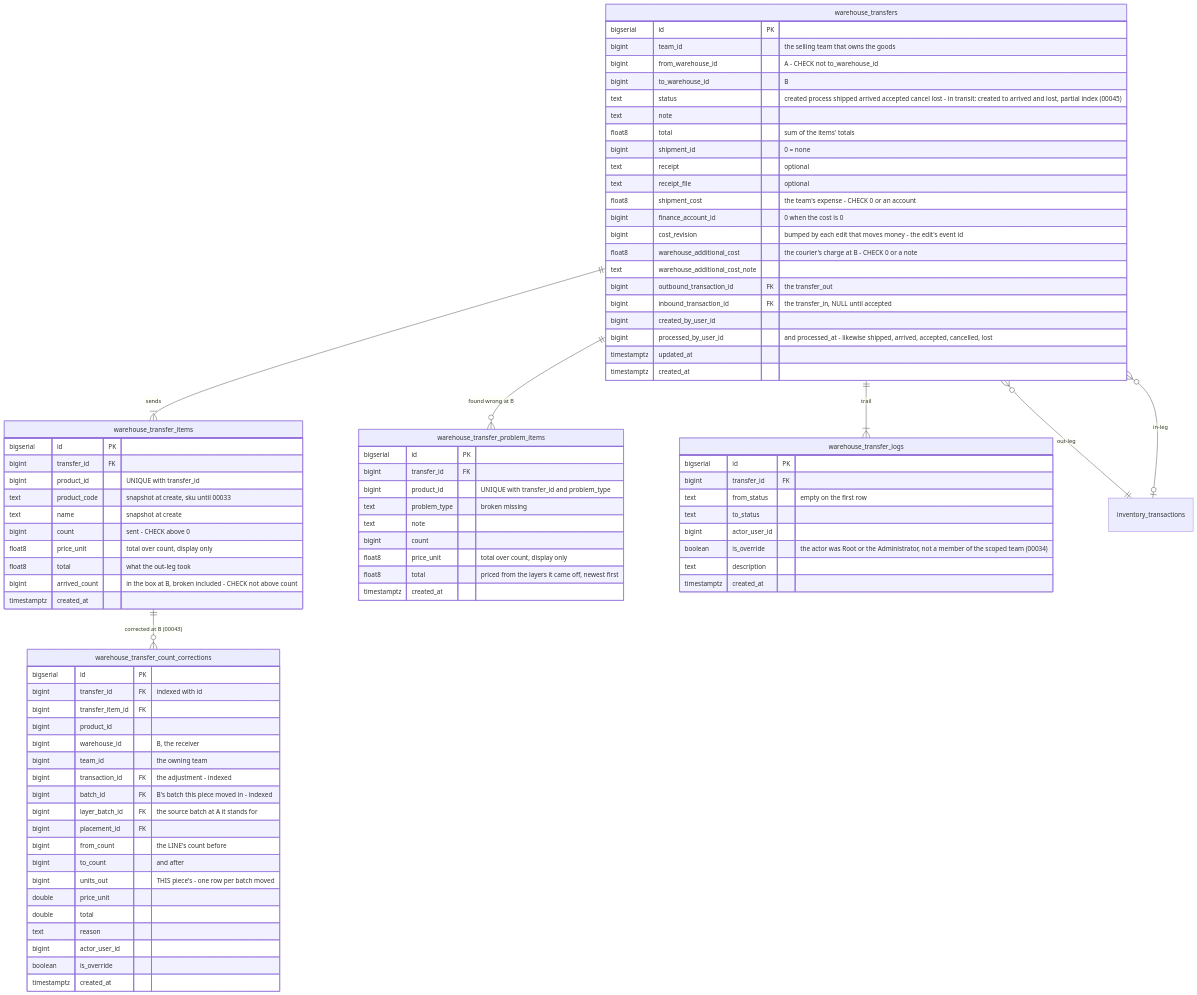
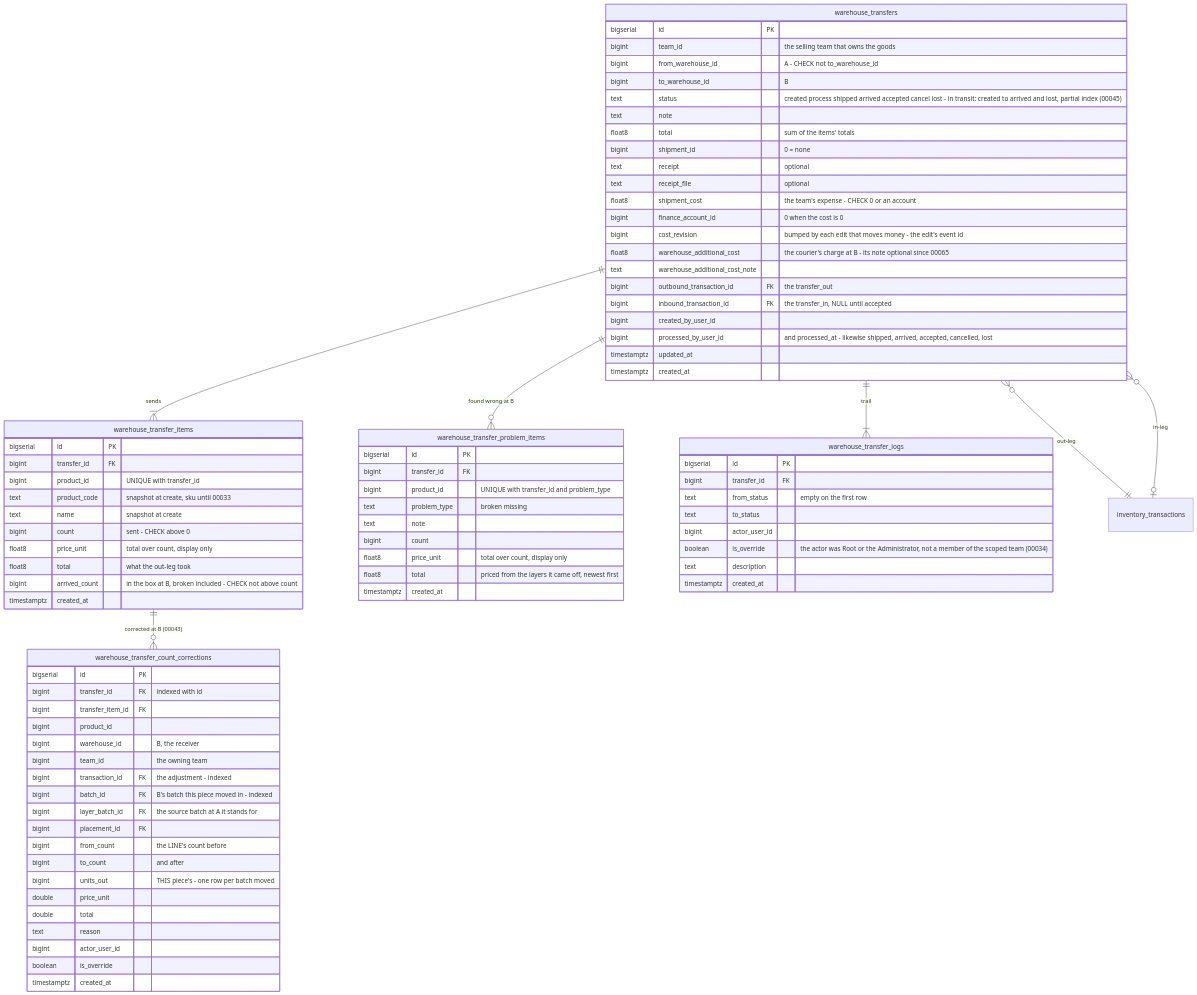
One commit to pdcgo/warehouse_revamp changed the tenth of 29 diagrams in docs/database-schema.md. Above: the diagram before and after it, drawn with Mermaid. The commit also changed other lines of this file and 462 other files, not shown here.

```diff
--- a/docs/database-schema.md
+++ b/docs/database-schema.md
@@ -1609,7 +1698,7 @@
         float8      shipment_cost                  "the team's expense - CHECK 0 or an account"
         bigint      finance_account_id             "0 when the cost is 0"
         bigint      cost_revision                  "bumped by each edit that moves money - the edit's event id"
-        float8      warehouse_additional_cost      "the courier's charge at B - CHECK 0 or a note"
+        float8      warehouse_additional_cost      "the courier's charge at B - its note optional since 00065"
         text        warehouse_additional_cost_note
         bigint      outbound_transaction_id        FK "the transfer_out"
         bigint      inbound_transaction_id         FK "the transfer_in, NULL until accepted"
```
